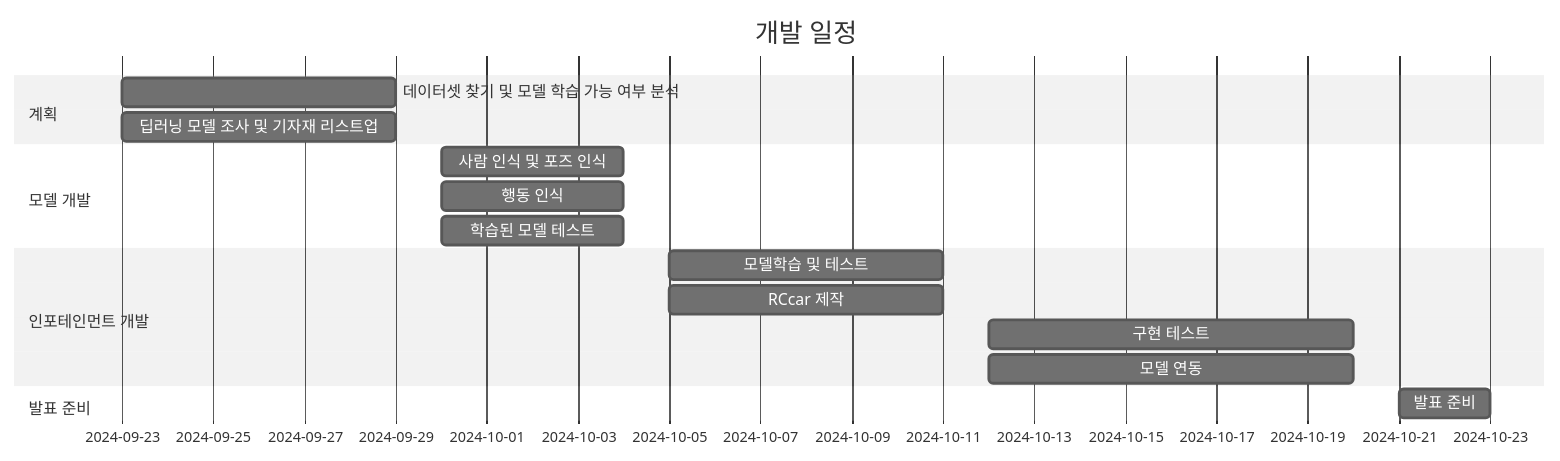
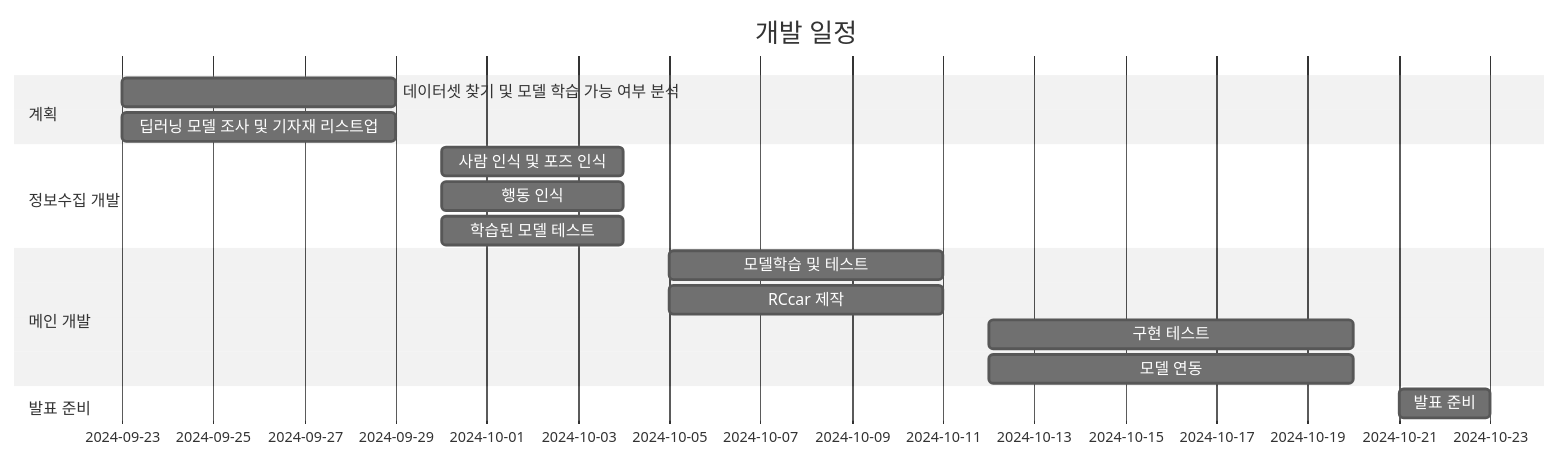
The second of 3 diagrams in README.md (opmaksim/Project_SignalMaster), drawn with Mermaid (neutral theme) before and after one commit.

````diff
--- a/README.md
+++ b/README.md
@@ -29,20 +29,20 @@
 ```mermaid
 gantt
     title 개발 일정      
     dateFormat  YYYY-MM-DD 
     section 계획
     데이터셋 찾기 및 모델 학습 가능 여부 분석 :2024-09-23, 2024-09-29
     딥러닝 모델 조사 및 기자재 리스트업      :2024-09-23, 2024-09-29
-    section 모델 개발
+    section 정보수집 개발
     사람 인식 및 포즈 인식                     :2024-09-30, 2024-10-04
     행동 인식                      :2024-09-30, 2024-10-04
     학습된 모델 테스트                      :2024-09-30, 2024-10-04
-    section 인포테인먼트 개발
+    section 메인 개발
     모델학습 및 테스트 :2024-10-05, 2024-10-11
     RCcar 제작                             :2024-10-05, 2024-10-11
     구현 테스트                      :2024-10-12, 2024-10-20
     모델 연동                             :2024-10-12, 2024-10-20
     section 발표 준비
     발표 준비                    :2024-10-21, 2024-10-23
 
 ```
````
